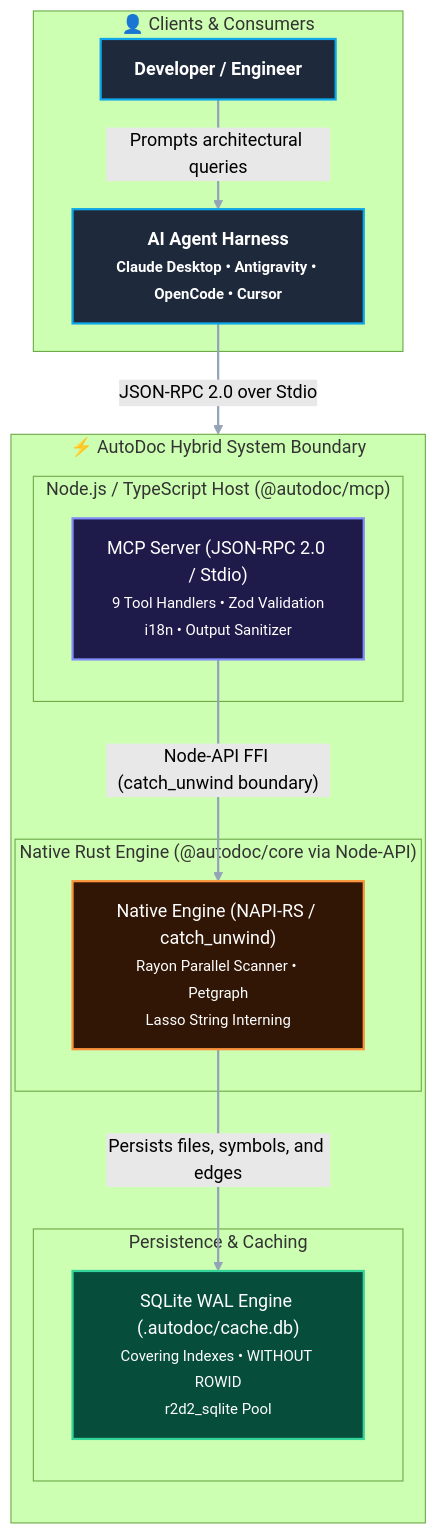
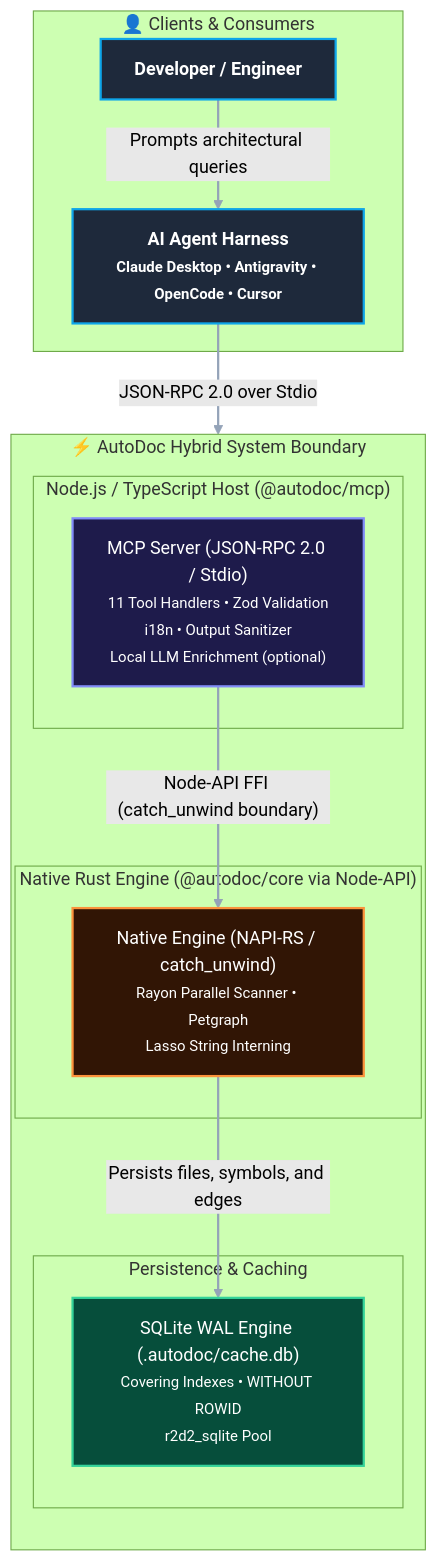
One commit to dandgabr/autodoc changed the diagram in docs/reference/architecture.md. Above: the diagram before and after it, drawn with Mermaid (forest theme). The commit also changed other lines of this file and 44 other files, not shown here.

````diff
--- a/docs/reference/architecture.md
+++ b/docs/reference/architecture.md
@@ -13,36 +13,36 @@
 ```mermaid
 flowchart TD
     %% High Contrast Styling Definitions
     classDef clientClass fill:#1E293B,stroke:#0EA5E9,stroke-width:2px,color:#FFFFFF,font-weight:bold;
     classDef mcpClass fill:#1E1B4B,stroke:#818CF8,stroke-width:2px,color:#FFFFFF;
     classDef rustClass fill:#311505,stroke:#FB923C,stroke-width:2px,color:#FFFFFF;
     classDef dbClass fill:#064E3B,stroke:#34D399,stroke-width:2px,color:#FFFFFF;
 
     subgraph Clients["👤 Clients & Consumers"]
         Dev["Developer / Engineer"]:::clientClass
         Harness["AI Agent Harness<br/><small>Claude Desktop • Antigravity • OpenCode • Cursor</small>"]:::clientClass
     end
 
     subgraph AutoDocSystem["⚡ AutoDoc Hybrid System Boundary"]
         direction TB
 
         subgraph MCPLayer["Node.js / TypeScript Host (@autodoc/mcp)"]
-            MCPServer["MCP Server (JSON-RPC 2.0 / Stdio)<br/><small>9 Tool Handlers • Zod Validation<br/>i18n • Output Sanitizer</small>"]:::mcpClass
+            MCPServer["MCP Server (JSON-RPC 2.0 / Stdio)<br/><small>11 Tool Handlers • Zod Validation<br/>i18n • Output Sanitizer<br/>Local LLM Enrichment (optional)</small>"]:::mcpClass
         end
 
         subgraph CoreLayer["Native Rust Engine (@autodoc/core via Node-API)"]
             NativeCore["Native Engine (NAPI-RS / catch_unwind)<br/><small>Rayon Parallel Scanner • Petgraph<br/>Lasso String Interning</small>"]:::rustClass
         end
 
         subgraph StorageLayer["Persistence & Caching"]
             Storage["SQLite WAL Engine (.autodoc/cache.db)<br/><small>Covering Indexes • WITHOUT ROWID<br/>r2d2_sqlite Pool</small>"]:::dbClass
         end
     end
 
     Dev -->|"Prompts architectural queries"| Harness
     Harness -->|"JSON-RPC 2.0 over Stdio"| MCPServer
     MCPServer -->|"Node-API FFI (catch_unwind boundary)"| NativeCore
     NativeCore -->|"Persists files, symbols, and edges"| Storage
 
     linkStyle default stroke:#94A3B8,stroke-width:2px;
 ```
````
